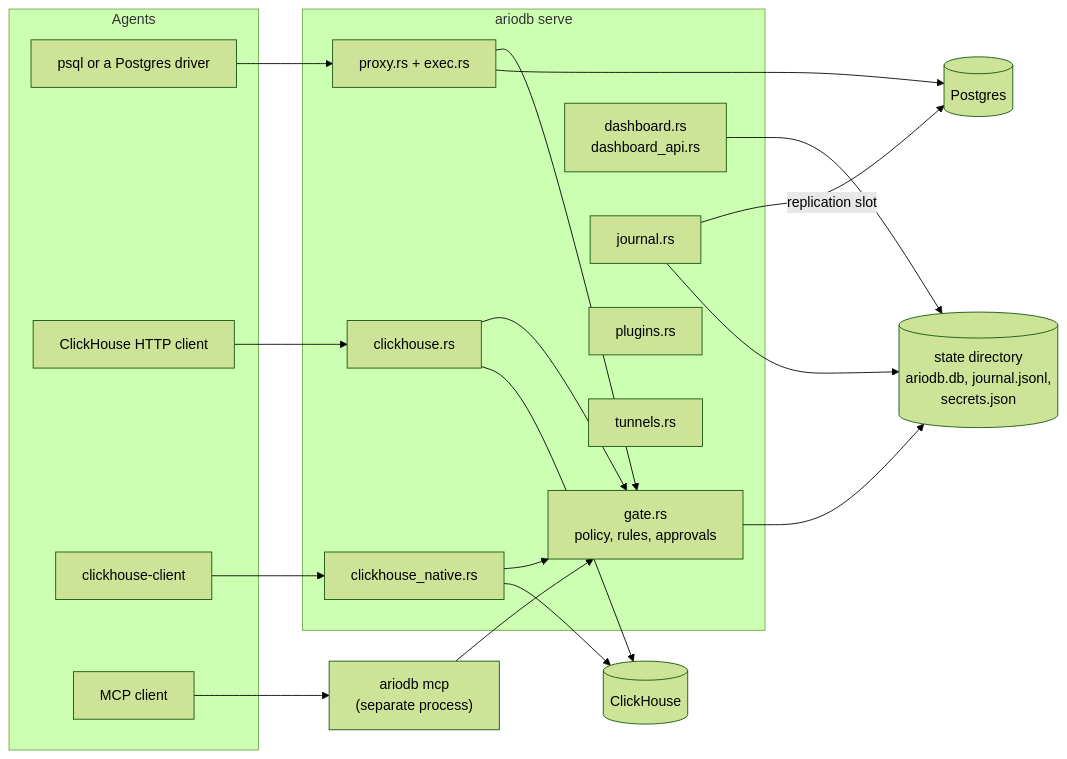
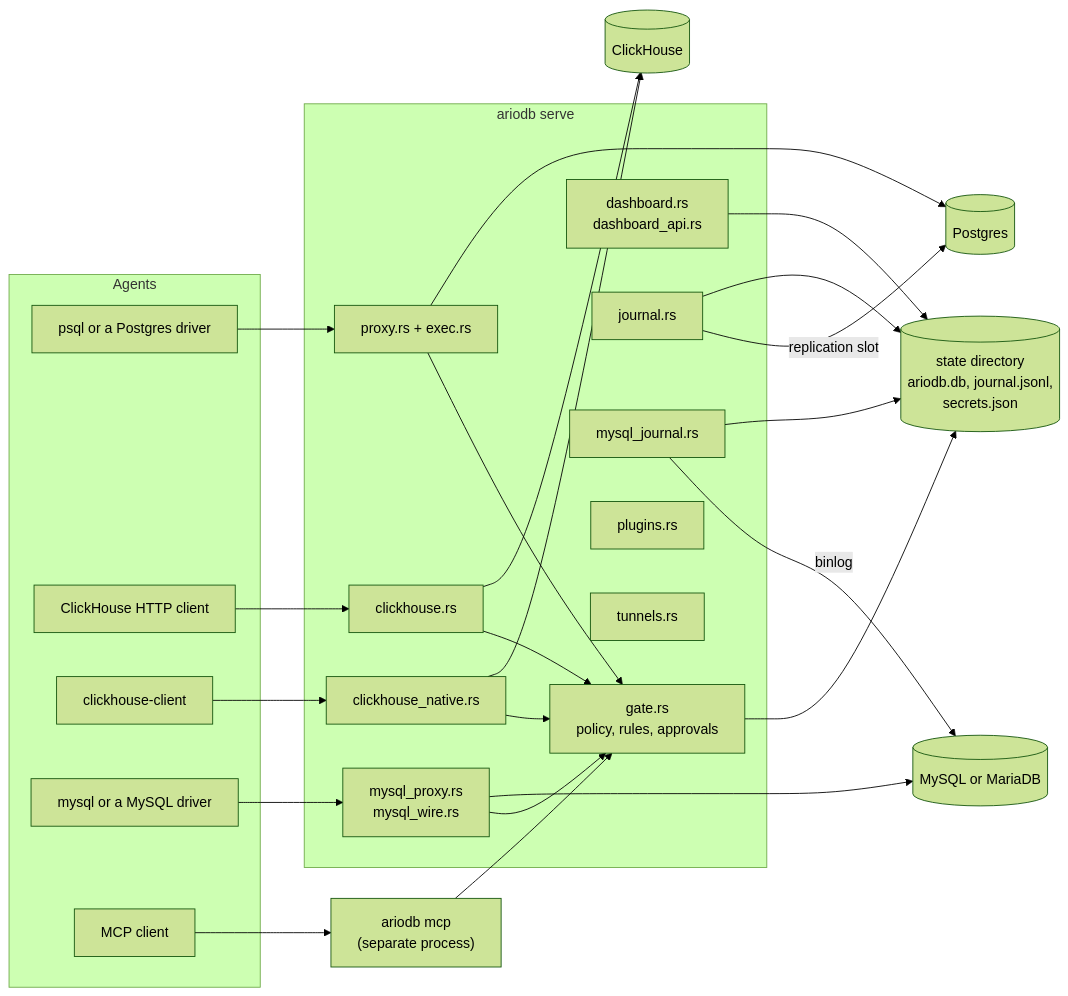
One commit to ariostacks/ariodb changed the first of 2 diagrams in docs/architecture.md. Above: the diagram before and after it, drawn with Mermaid (forest theme). The commit also changed other lines of this file and 9 other files, not shown here.

Commit message:
Document MySQL and MariaDB support

````diff
--- a/docs/architecture.md
+++ b/docs/architecture.md
@@ -18,31 +18,38 @@
 ```mermaid
 flowchart LR
     subgraph agents [Agents]
         PG[psql or a Postgres driver]
         CHH[ClickHouse HTTP client]
         CHN[clickhouse-client]
+        MYC[mysql or a MySQL driver]
         MCPC[MCP client]
     end
     subgraph serve ["ariodb serve"]
         PX[proxy.rs + exec.rs]
         CH[clickhouse.rs]
         CN[clickhouse_native.rs]
+        MX["mysql_proxy.rs<br/>mysql_wire.rs"]
         G["gate.rs<br/>policy, rules, approvals"]
         DASH["dashboard.rs<br/>dashboard_api.rs"]
         J[journal.rs]
+        MJ[mysql_journal.rs]
         PL[plugins.rs]
         TN[tunnels.rs]
     end
     MCP["ariodb mcp<br/>(separate process)"]
     PG --> PX
     CHH --> CH
     CHN --> CN
+    MYC --> MX
     MCPC --> MCP
-    PX & CH & CN & MCP --> G
+    PX & CH & CN & MX & MCP --> G
     G --> ST[("state directory<br/>ariodb.db, journal.jsonl,<br/>secrets.json")]
     DASH --> ST
     PX --> DB[(Postgres)]
     J -->|replication slot| DB
     J --> ST
     CH & CN --> CKH[(ClickHouse)]
+    MX --> MYDB[(MySQL or MariaDB)]
+    MJ -->|binlog| MYDB
+    MJ --> ST
 ```
````
